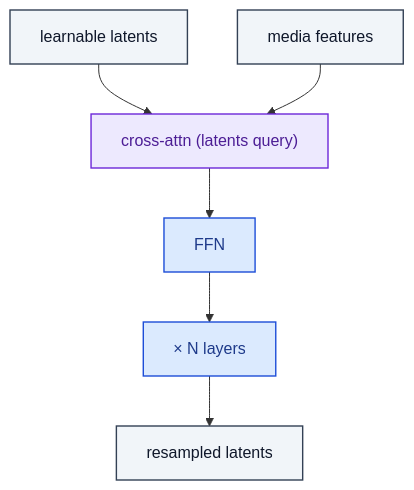
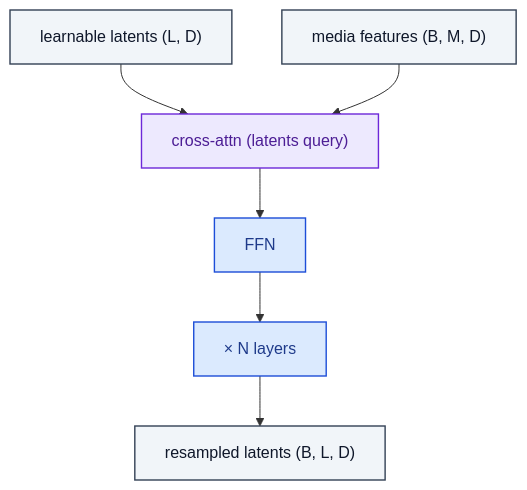
Before and after one commit to RealityShifts/Srivastava-book-of-Blocks-diagrams: the diagram in multimodal/PerceiverResampler.md, drawn with Mermaid. The commit also changed 123 other files, not shown here.

````diff
--- a/multimodal/PerceiverResampler.md
+++ b/multimodal/PerceiverResampler.md
@@ -7,23 +7,24 @@
 ```mermaid
 flowchart TD
-    n0_0["learnable latents"]:::io
-    n0_1["media features"]:::io
+    n0_0["learnable latents  (L, D)"]:::io
+    n0_1["media features  (B, M, D)"]:::io
     n1_0["cross-attn  (latents query)"]:::attn
     n2_0["FFN"]:::op
     n3_0["× N layers"]:::op
-    n4_0["resampled latents"]:::io
+    n4_0["resampled latents  (B, L, D)"]:::io
     n0_0 --> n1_0
     n0_1 --> n1_0
     n1_0 --> n2_0
     n2_0 --> n3_0
     n3_0 --> n4_0
     classDef io fill:#f1f5f9,stroke:#334155,stroke-width:1.4px,color:#0f172a
     classDef op fill:#dbeafe,stroke:#1d4ed8,stroke-width:1.4px,color:#1e3a8a
     classDef norm fill:#dcfce7,stroke:#15803d,stroke-width:1.4px,color:#14532d
     classDef act fill:#ffedd5,stroke:#c2410c,stroke-width:1.4px,color:#7c2d12
     classDef attn fill:#ede9fe,stroke:#6d28d9,stroke-width:1.4px,color:#4c1d95
     classDef merge fill:#fef3c7,stroke:#b45309,stroke-width:1.4px,color:#78350f
     classDef emb fill:#fef9c3,stroke:#a16207,stroke-width:1.4px,color:#713f12
     classDef loss fill:#fee2e2,stroke:#b91c1c,stroke-width:1.4px,color:#7f1d1d
     classDef ctrl fill:#f5f5f4,stroke:#52525b,stroke-width:1.4px,color:#27272a
+    classDef ref fill:#e0f2fe,stroke:#0369a1,stroke-width:2px,color:#0c4a6e,stroke-dasharray: 4 2
 ```
````
